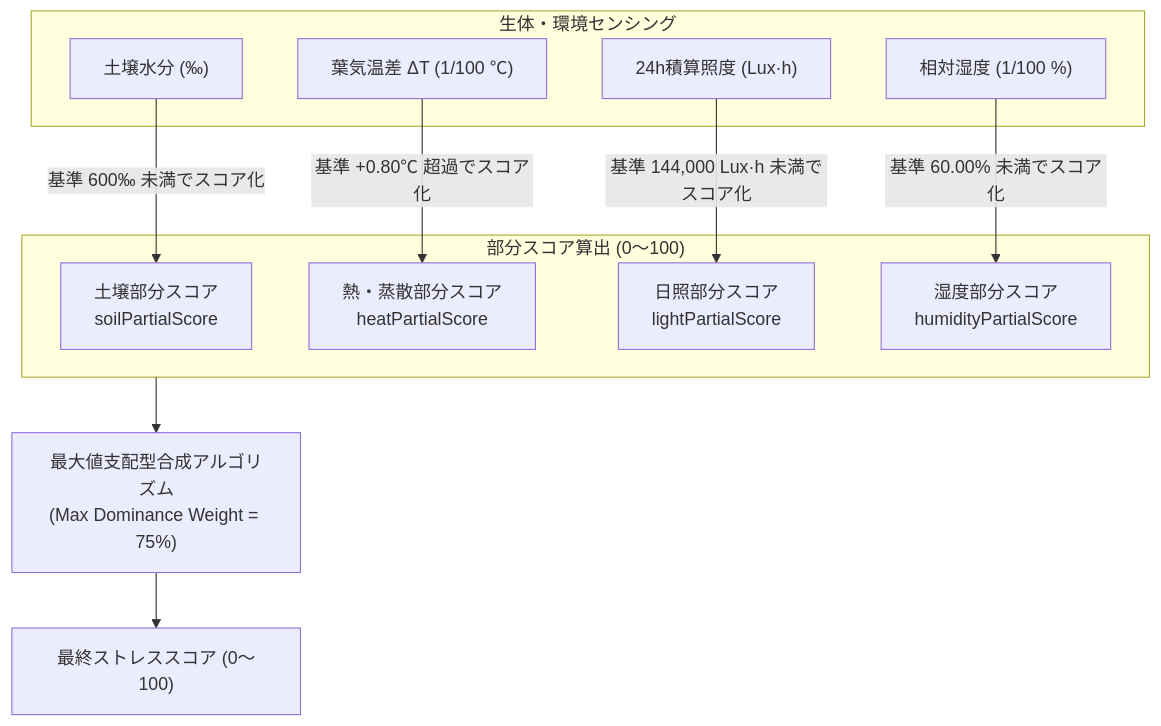
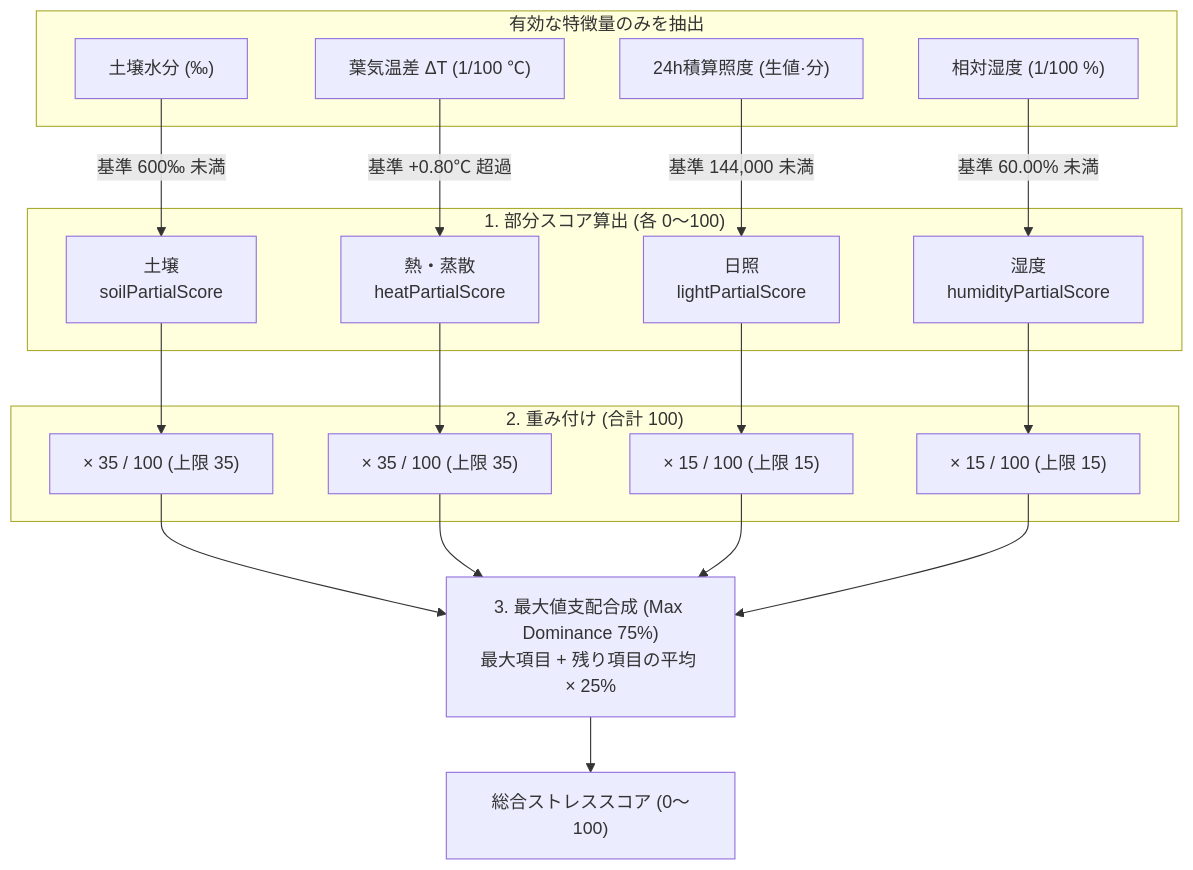
The first of 2 diagrams in docs/textbook/02_plant_stress_scoring.md (horned128/plant-doctor), drawn with Mermaid before and after one commit. The commit also changed other lines of this file and 28 other files, not shown here.

````diff
--- a/docs/textbook/02_plant_stress_scoring.md
+++ b/docs/textbook/02_plant_stress_scoring.md
@@ -43,24 +27,31 @@
 ```mermaid
 flowchart TD
-    subgraph INPUTS["生体・環境センシング"]
+    subgraph INPUTS["有効な特徴量のみを抽出"]
         S1["土壌水分 (‰)"]
         S2["葉気温差 ΔT (1/100 ℃)"]
-        S3["24h積算照度 (Lux·h)"]
+        S3["24h積算照度 (生値·分)"]
         S4["相対湿度 (1/100 %)"]
     end
 
-    subgraph PARTIAL["部分スコア算出 (0〜100)"]
-        P1["土壌部分スコア<br/>soilPartialScore"]
-        P2["熱・蒸散部分スコア<br/>heatPartialScore"]
-        P3["日照部分スコア<br/>lightPartialScore"]
-        P4["湿度部分スコア<br/>humidityPartialScore"]
+    subgraph PARTIAL["1. 部分スコア算出 (各 0〜100)"]
+        P1["土壌<br/>soilPartialScore"]
+        P2["熱・蒸散<br/>heatPartialScore"]
+        P3["日照<br/>lightPartialScore"]
+        P4["湿度<br/>humidityPartialScore"]
     end
 
-    S1 -->|基準 600‰ 未満でスコア化| P1
-    S2 -->|基準 +0.80℃ 超過でスコア化| P2
-    S3 -->|基準 144,000 Lux·h 未満でスコア化| P3
-    S4 -->|基準 60.00% 未満でスコア化| P4
+    subgraph WEIGHT["2. 重み付け (合計 100)"]
+        W1["× 35 / 100 (上限 35)"]
+        W2["× 35 / 100 (上限 35)"]
+        W3["× 15 / 100 (上限 15)"]
+        W4["× 15 / 100 (上限 15)"]
+    end
 
-    PARTIAL --> SYNTH["最大値支配型合成アルゴリズム<br/>(Max Dominance Weight = 75%)"]
-    SYNTH --> OUT["最終ストレススコア (0〜100)"]
+    S1 -- "基準 600‰ 未満" --> P1 --> W1
+    S2 -- "基準 +0.80℃ 超過" --> P2 --> W2
+    S3 -- "基準 144,000 未満" --> P3 --> W3
+    S4 -- "基準 60.00% 未満" --> P4 --> W4
+
+    W1 & W2 & W3 & W4 --> SYNTH["3. 最大値支配合成 (Max Dominance 75%)<br/>最大項目 + 残り項目の平均 × 25%"]
+    SYNTH --> OUT["総合ストレススコア (0〜100)"]
 ```
````
